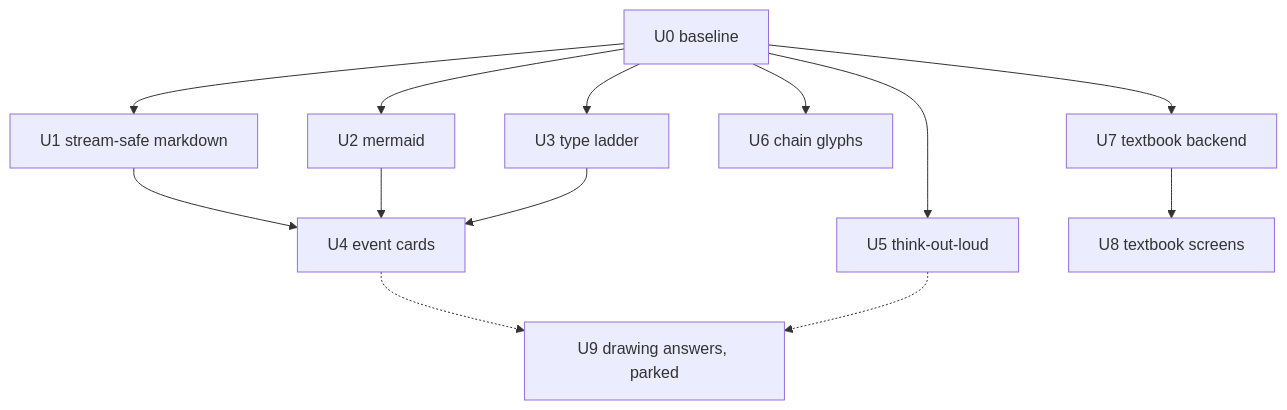
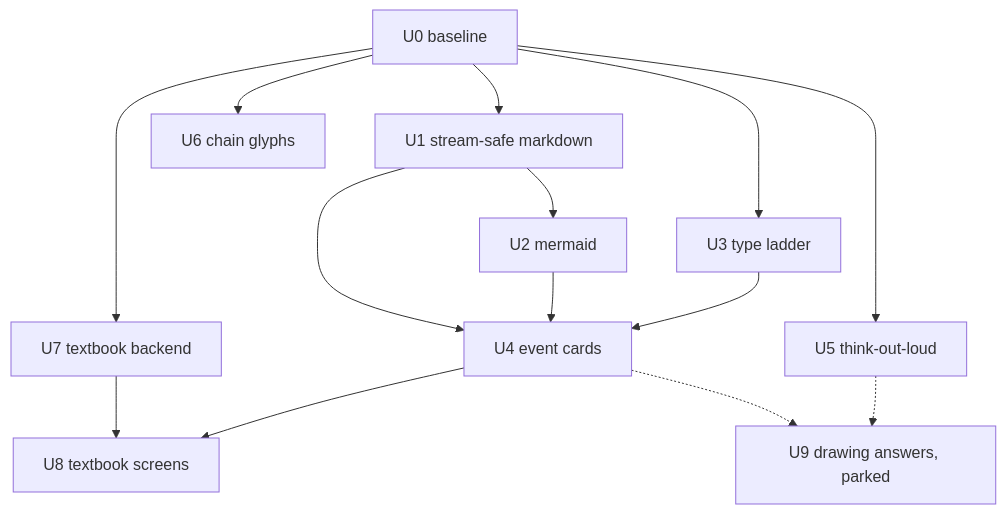
One commit to PrathamBhavsar/learnpuppy changed the diagram in brain/ui-polish/tasks.md. Above: the diagram before and after it, drawn with Mermaid. The commit also changed other lines of this file and 2 other files, not shown here.

````diff
--- a/brain/ui-polish/tasks.md
+++ b/brain/ui-polish/tasks.md
@@ -17,15 +17,16 @@
 ```mermaid
 graph TD
   U0[U0 baseline] --> U1[U1 stream-safe markdown]
-  U0 --> U2[U2 mermaid]
+  U1 --> U2[U2 mermaid]
   U0 --> U3[U3 type ladder]
   U1 --> U4[U4 event cards]
   U2 --> U4
   U3 --> U4
   U0 --> U5[U5 think-out-loud]
   U0 --> U6[U6 chain glyphs]
   U0 --> U7[U7 textbook backend]
   U7 --> U8[U8 textbook screens]
+  U4 --> U8
   U4 -.-> U9[U9 drawing answers, parked]
   U5 -.-> U9
 ```
````
